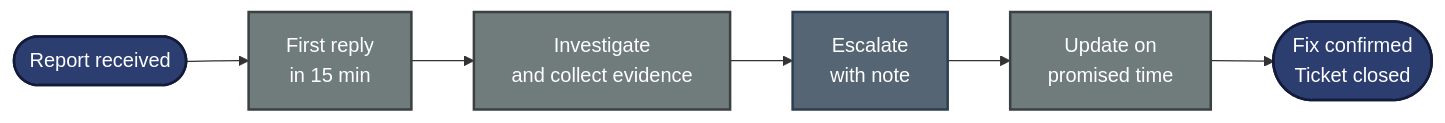
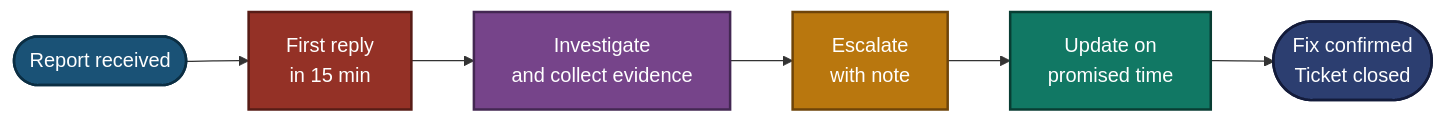
One commit to malaika-azhar/Customer-Tech-Support-Portfolio changed the first of 2 diagrams in 05-Escalation-scripts/05.1-Website-Down.md. Above: the diagram before and after it, drawn with Mermaid. The commit also changed other lines of this file, not shown here.

````diff
--- a/05-Escalation-scripts/05.1-Website-Down.md
+++ b/05-Escalation-scripts/05.1-Website-Down.md
@@ -84,10 +84,16 @@
 ```mermaid
 flowchart LR
     A(["Report received"]) --> B["First reply<br>in 15 min"] --> C["Investigate<br>and collect evidence"] --> D["Escalate<br>with note"] --> E["Update on<br>promised time"] --> F(["Fix confirmed<br>Ticket closed"])
+    classDef blue fill:#1A5276,stroke:#0B2E43,stroke-width:2px,color:#FFFFFF;
+    classDef red fill:#943126,stroke:#571C16,stroke-width:2px,color:#FFFFFF;
+    classDef purple fill:#76448A,stroke:#432752,stroke-width:2px,color:#FFFFFF;
+    classDef orange fill:#B9770E,stroke:#6E4409,stroke-width:2px,color:#FFFFFF;
+    classDef green fill:#117864,stroke:#083D33,stroke-width:2px,color:#FFFFFF;
     classDef navy fill:#2C3E70,stroke:#131B3A,stroke-width:2px,color:#FFFFFF;
-    classDef grey fill:#707B7C,stroke:#3B4142,stroke-width:2px,color:#FFFFFF;
-    classDef slate fill:#566573,stroke:#2C3E50,stroke-width:2px,color:#FFFFFF;
-    class A,F navy;
-    class B,C,E grey;
-    class D slate;
+    class A blue;
+    class B red;
+    class C purple;
+    class D orange;
+    class E green;
+    class F navy;
 ```
````
